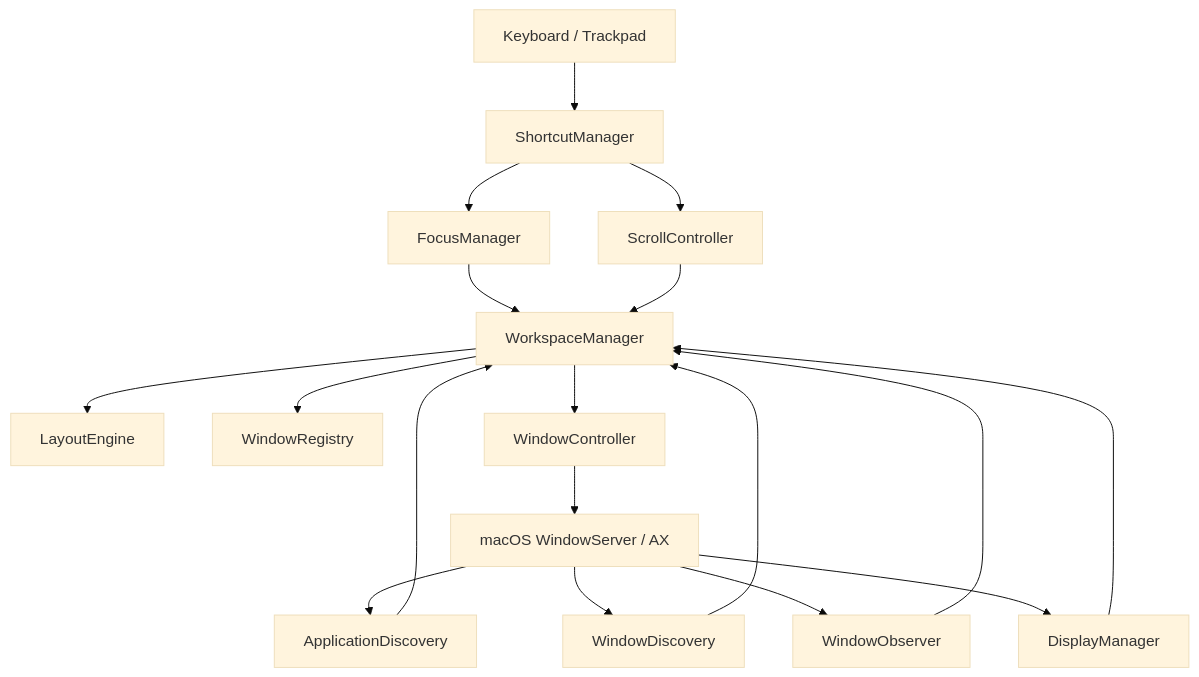
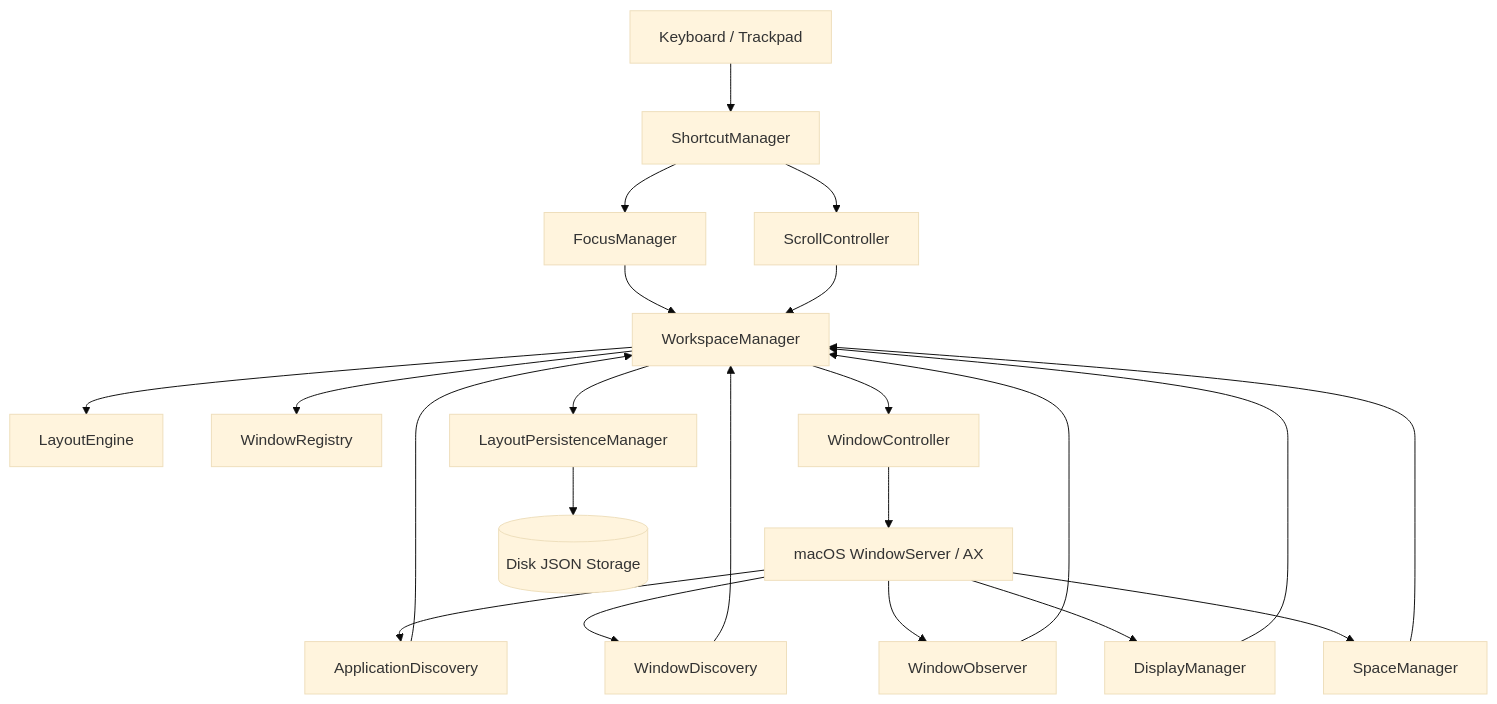
The diagram in docs/ARCHITECTURE.md (Bvesroy/Iume), drawn with Mermaid (base theme) before and after one commit. The commit also changed other lines of this file and 109 other files, not shown here.

````diff
--- a/docs/ARCHITECTURE.md
+++ b/docs/ARCHITECTURE.md
@@ -28,24 +28,28 @@
 ```mermaid
 graph TD
     User[Keyboard / Trackpad] --> ShortcutMgr[ShortcutManager]
     ShortcutMgr --> FocusMgr[FocusManager]
     ShortcutMgr --> ScrollCtrl[ScrollController]
     
     OS[macOS WindowServer / AX] --> AppDisc[ApplicationDiscovery]
     OS --> WinDisc[WindowDiscovery]
     OS --> WinObs[WindowObserver]
     OS --> DispMgr[DisplayManager]
+    OS --> SpaceMgr[SpaceManager]
     
     AppDisc --> WsMgr[WorkspaceManager]
     WinDisc --> WsMgr
     WinObs --> WsMgr
     DispMgr --> WsMgr
+    SpaceMgr --> WsMgr
     FocusMgr --> WsMgr
     ScrollCtrl --> WsMgr
     
     WsMgr --> Engine[LayoutEngine]
     WsMgr --> Registry[WindowRegistry]
     WsMgr --> WinCtrl[WindowController]
+    WsMgr --> PersistMgr[LayoutPersistenceManager]
     
     WinCtrl --> OS
+    PersistMgr --> Disk[(Disk JSON Storage)]
 ```
````
